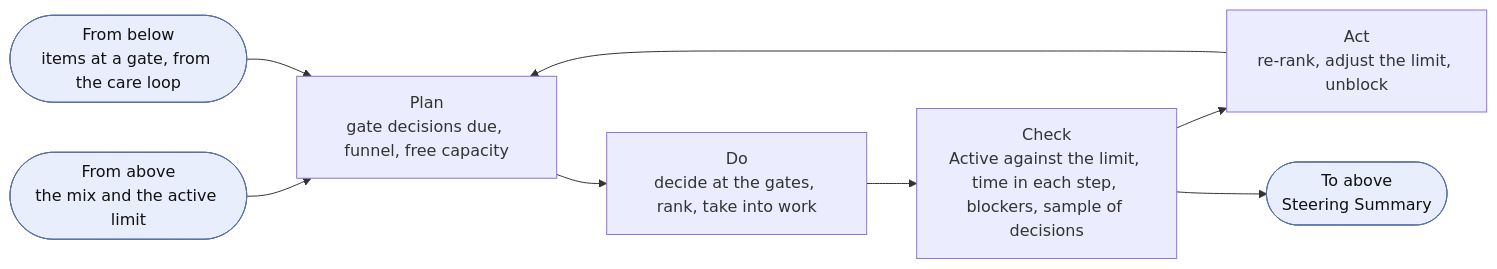
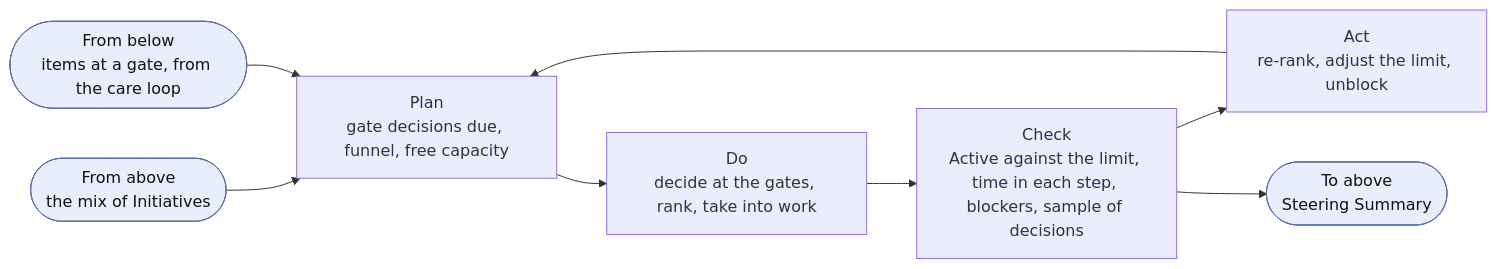
Before and after one commit to devhogu/ob-aicc: the third of 8 diagrams in charter/documents/portfolio-management-model.md, drawn with Mermaid. The commit also changed other lines of this file and 75 other files, not shown here.

Commit message:
Life-cycle flows, measures, end-to-end evaluation, two-level acceptance, and the yearly Steering in December (DR-2026-050 to DR-2026-057)

````diff
--- a/charter/documents/portfolio-management-model.md
+++ b/charter/documents/portfolio-management-model.md
@@ -91,8 +91,8 @@
 ```mermaid
 flowchart LR
-  IN(["From above<br/>the mix and the active limit"]):::iface --> P
+  IN(["From above<br/>the mix of Initiatives"]):::iface --> P
   P["Plan<br/>gate decisions due, funnel, free capacity"] --> D["Do<br/>decide at the gates, rank, take into work"] --> C["Check<br/>Active against the limit, time in each step, blockers, sample of decisions"] --> A["Act<br/>re-rank, adjust the limit, unblock"] --> P
   EV(["From below<br/>items at a gate, from the care loop"]):::iface --> P
   C --> UP(["To above<br/>Steering Summary"]):::iface
   classDef iface fill:#e8eefc,stroke:#5a6fa8,color:#111
 ```
````
